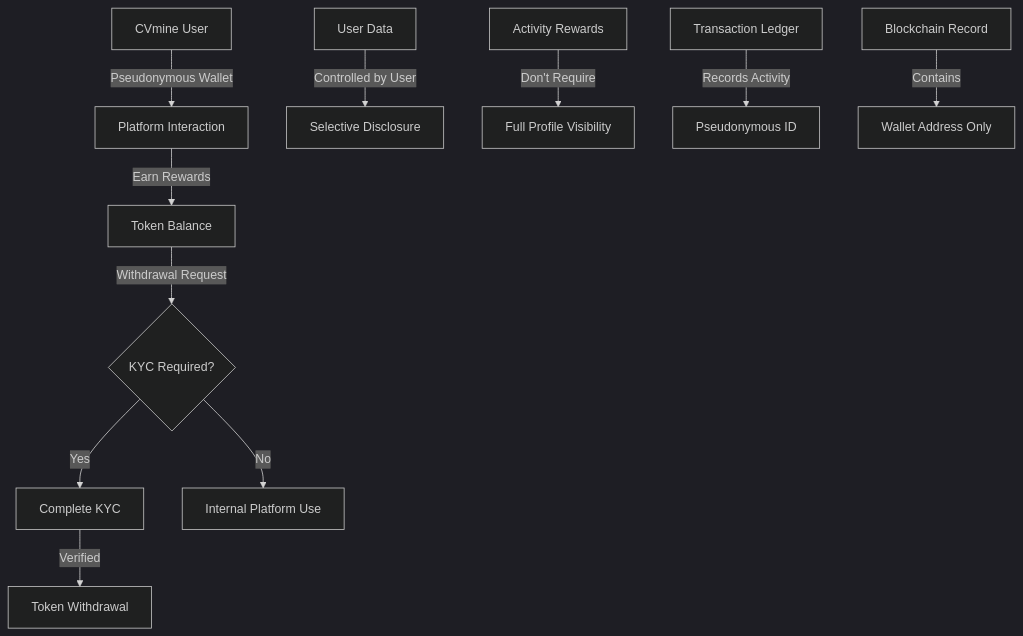
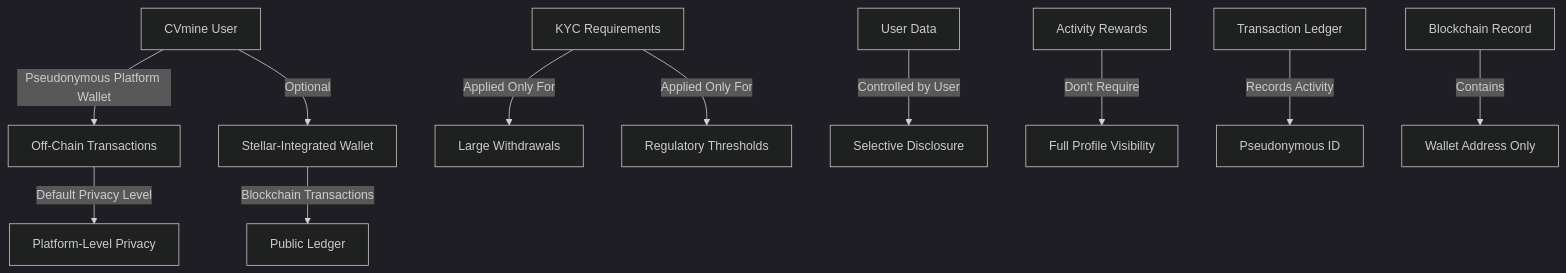
Before and after one commit to karthikhosur/italtoken: diagram 20 of 25 in whitepaper.md, drawn with Mermaid (dark theme). The commit also changed other lines of this file, not shown here.

````diff
--- a/whitepaper.md
+++ b/whitepaper.md
@@ -558,15 +848,17 @@
 ```mermaid
 graph TD
-    A[CVmine User] -->|Pseudonymous Wallet| B[Platform Interaction]
-    B -->|Earn Rewards| C[Token Balance]
-    C -->|Withdrawal Request| D{KYC Required?}
-    D -->|Yes| E[Complete KYC]
-    D -->|No| F[Internal Platform Use]
-    E -->|Verified| G[Token Withdrawal]
+    A[CVmine User] -->|Pseudonymous Platform Wallet| B[Off-Chain Transactions]
+    B -->|Default Privacy Level| C[Platform-Level Privacy]
     
-    H[User Data] -->|Controlled by User| I[Selective Disclosure]
-    J[Activity Rewards] -->|Don't Require| K[Full Profile Visibility]
+    A -->|Optional| D[Stellar-Integrated Wallet]
+    D -->|Blockchain Transactions| E[Public Ledger]
     
-    L[Transaction Ledger] -->|Records Activity| M[Pseudonymous ID]
-    N[Blockchain Record] -->|Contains| O[Wallet Address Only]
+    F[KYC Requirements] -->|Applied Only For| G[Large Withdrawals]
+    F -->|Applied Only For| H[Regulatory Thresholds]
+    
+    I[User Data] -->|Controlled by User| J[Selective Disclosure]
+    K[Activity Rewards] -->|Don't Require| L[Full Profile Visibility]
+    
+    M[Transaction Ledger] -->|Records Activity| N[Pseudonymous ID]
+    O[Blockchain Record] -->|Contains| P[Wallet Address Only]
 ```
````
